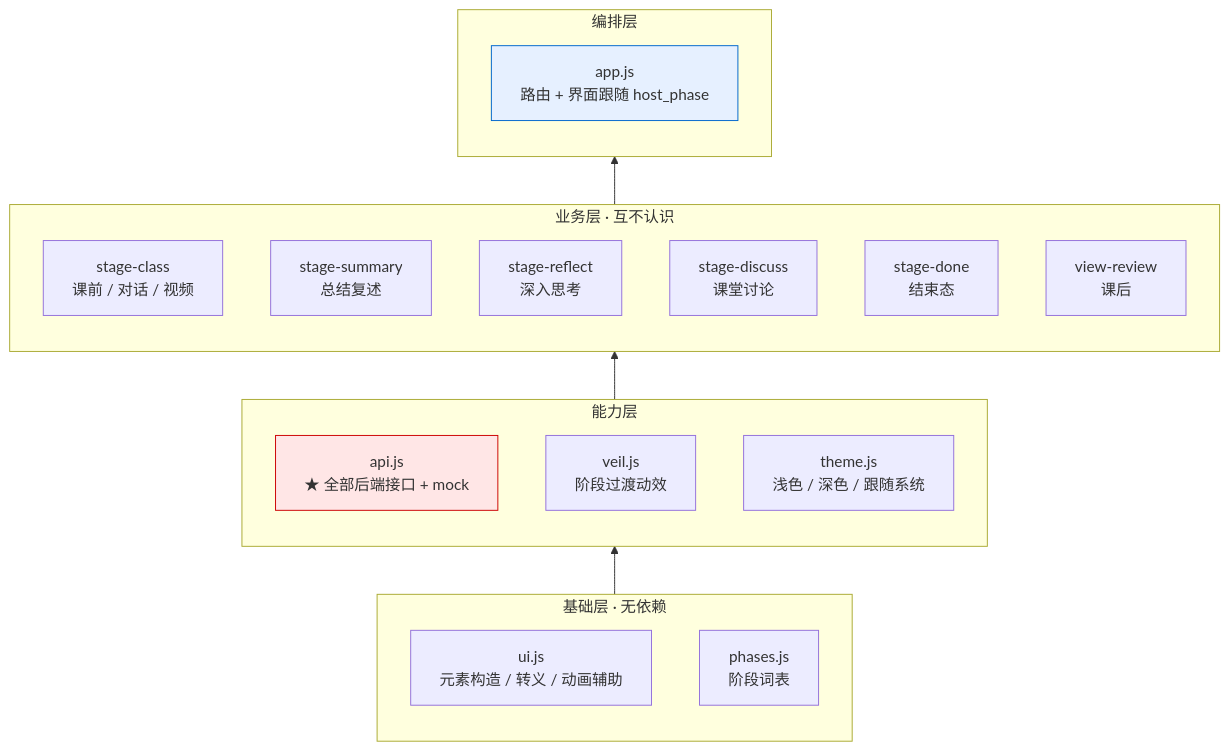
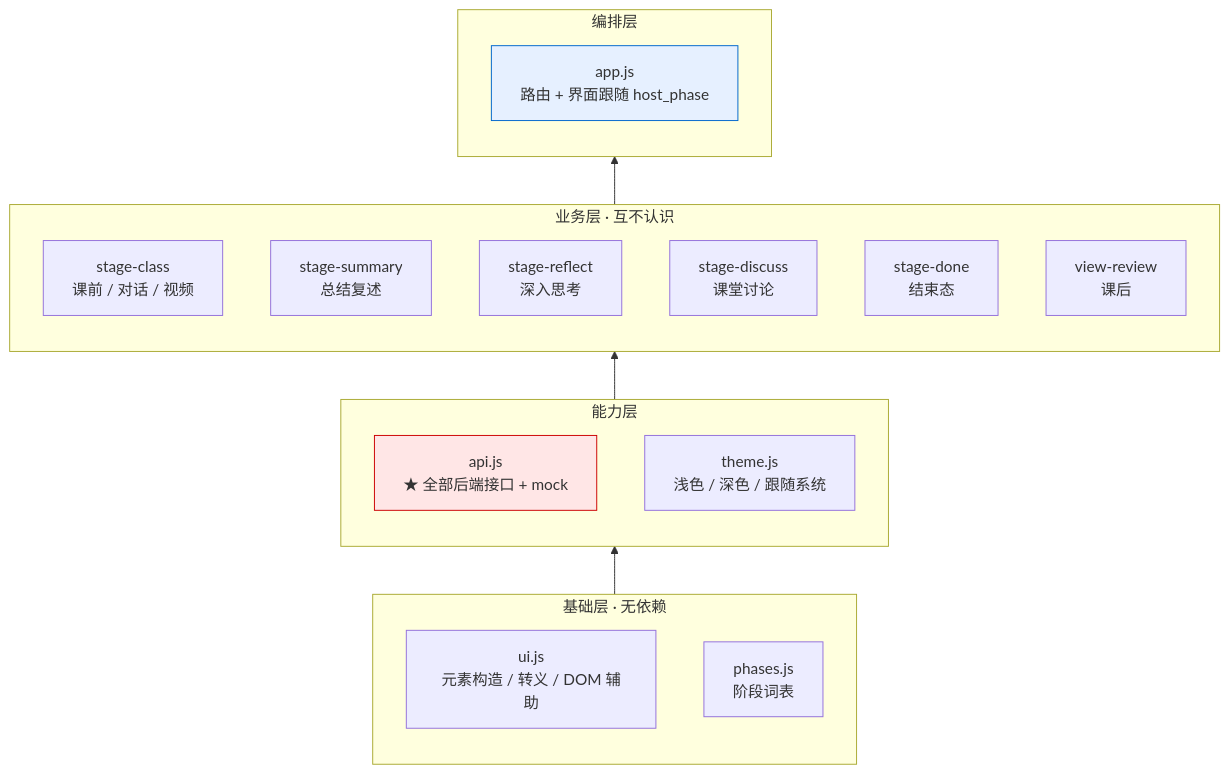
The first of 5 diagrams in docs/architecture/ARCHITECTURE.md (Awdyuer/SZU_Student_Agent), drawn with Mermaid before and after one commit. The commit also changed other lines of this file and 19 other files, not shown here.

Commit message:
添加流程图和快速启动文件

````diff
--- a/docs/architecture/ARCHITECTURE.md
+++ b/docs/architecture/ARCHITECTURE.md
@@ -28,33 +28,32 @@
 ```mermaid
 graph BT
     subgraph L1["基础层 · 无依赖"]
-        UI["ui.js<br/>元素构造 / 转义 / 动画辅助"]
+        UI["ui.js<br/>元素构造 / 转义 / DOM 辅助"]
         PH["phases.js<br/>阶段词表"]
     end
 
     subgraph L2["能力层"]
         API["api.js<br/>★ 全部后端接口 + mock"]
-        VEIL["veil.js<br/>阶段过渡动效"]
         THEME["theme.js<br/>浅色 / 深色 / 跟随系统"]
     end
 
     subgraph L3["业务层 · 互不认识"]
         SC["stage-class<br/>课前 / 对话 / 视频"]
         SS["stage-summary<br/>总结复述"]
         SR["stage-reflect<br/>深入思考"]
         SD["stage-discuss<br/>课堂讨论"]
         SDO["stage-done<br/>结束态"]
         VR["view-review<br/>课后"]
     end
 
     subgraph L4["编排层"]
         APP["app.js<br/>路由 + 界面跟随 host_phase"]
     end
 
     L1 --> L2
     L2 --> L3
     L3 --> L4
 
     style API fill:#ffe6e6,stroke:#c00
     style APP fill:#e6f0ff,stroke:#06c
 ```
````
